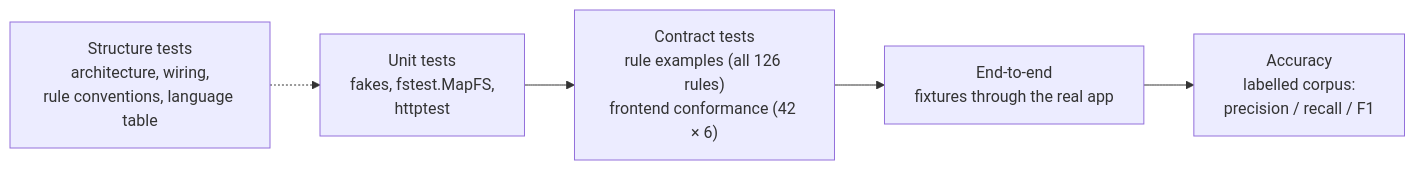
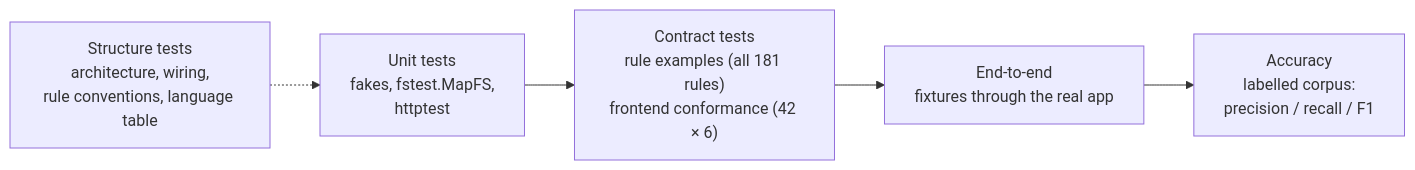
One commit to GoNetTools/datawarden changed the fifth of 5 diagrams in docs/ARCHITECTURE.md. Above: the diagram before and after it, drawn with Mermaid. The commit also changed 43 other files, not shown here.

````diff
--- a/docs/ARCHITECTURE.md
+++ b/docs/ARCHITECTURE.md
@@ -350,7 +350,7 @@
 ```mermaid
 flowchart LR
-    U["Unit tests<br/>fakes, fstest.MapFS,<br/>httptest"] --> C["Contract tests<br/>rule examples (all 126 rules)<br/>frontend conformance (42 × 6)"]
+    U["Unit tests<br/>fakes, fstest.MapFS,<br/>httptest"] --> C["Contract tests<br/>rule examples (all 181 rules)<br/>frontend conformance (42 × 6)"]
     C --> E["End-to-end<br/>fixtures through the real app"]
     E --> A["Accuracy<br/>labelled corpus:<br/>precision / recall / F1"]
     S["Structure tests<br/>architecture, wiring,<br/>rule conventions, language table"] -.-> U
 ```
````
